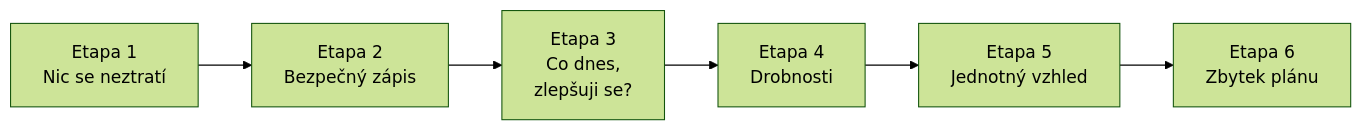
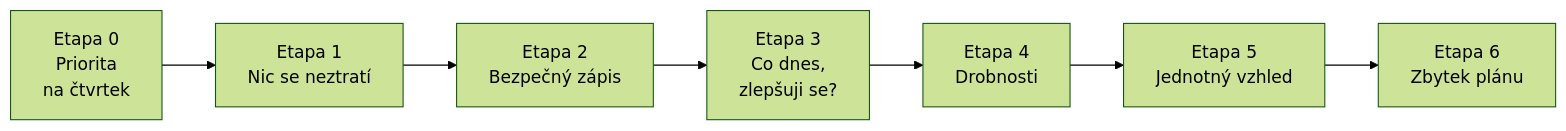
The diagram in docs/plan-vyvoje.md (dt-appdev/workout-denik), drawn with Mermaid (forest theme) before and after one commit. The commit also changed other lines of this file and 1 other file, not shown here.

First line of the commit message:
Plán: Etapa 0 se šesti prioritními úlohami (F1-19, F2-10, F2-11, F2-12, F3-30, F3-31)

````diff
--- a/docs/plan-vyvoje.md
+++ b/docs/plan-vyvoje.md
@@ -52,8 +52,9 @@
 ```mermaid
 flowchart LR
-  E1[Etapa 1<br/>Nic se neztratí] --> E2[Etapa 2<br/>Bezpečný zápis]
+  E0[Etapa 0<br/>Priorita<br/>na čtvrtek] --> E1[Etapa 1<br/>Nic se neztratí]
+  E1 --> E2[Etapa 2<br/>Bezpečný zápis]
   E2 --> E3[Etapa 3<br/>Co dnes,<br/>zlepšuji se?]
   E3 --> E4[Etapa 4<br/>Drobnosti]
   E4 --> E5[Etapa 5<br/>Jednotný vzhled]
   E5 --> E6[Etapa 6<br/>Zbytek plánu]
 ```
````
